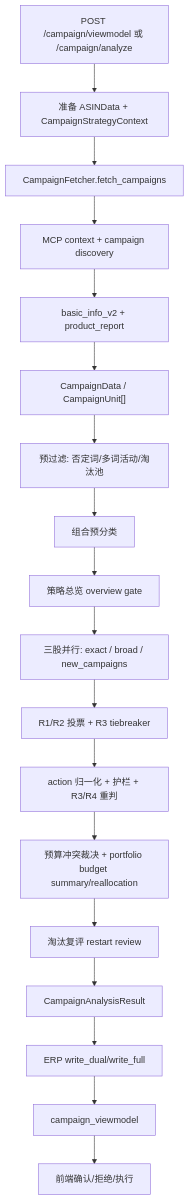
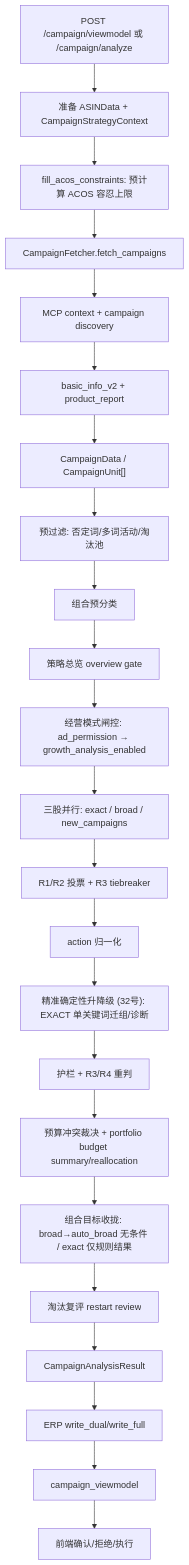
The diagram in docs/AD-Agent Project Knowledge Graph/08-Campaign分析引擎架构说明.md (CaffZx/project_ad_weilai), drawn with Mermaid before and after one commit. The commit also changed other lines of this file and 27 other files, not shown here.

````diff
--- a/docs/AD-Agent Project Knowledge Graph/08-Campaign分析引擎架构说明.md
+++ b/docs/AD-Agent Project Knowledge Graph/08-Campaign分析引擎架构说明.md
@@ -71,20 +79,25 @@
 ```mermaid
 flowchart TD
   A["POST /campaign/viewmodel 或 /campaign/analyze"] --> B["准备 ASINData + CampaignStrategyContext"]
-  B --> C["CampaignFetcher.fetch_campaigns"]
+  B --> B2["fill_acos_constraints: 预计算 ACOS 容忍上限"]
+  B2 --> C["CampaignFetcher.fetch_campaigns"]
   C --> D["MCP context + campaign discovery"]
   D --> E["basic_info_v2 + product_report"]
   E --> F["CampaignData / CampaignUnit[]"]
   F --> G["预过滤: 否定词/多词活动/淘汰池"]
   G --> H["组合预分类"]
   H --> I["策略总览 overview gate"]
-  I --> J["三股并行: exact / broad / new_campaigns"]
-  J --> K["R1/R2 投票 + R3 tiebreaker"]
-  K --> L["action 归一化 + 护栏 + R3/R4 重判"]
-  L --> M["预算冲突裁决 + portfolio budget summary/reallocation"]
-  M --> N["淘汰复评 restart review"]
-  N --> O["CampaignAnalysisResult"]
-  O --> P["ERP write_dual/write_full"]
-  P --> Q["campaign_viewmodel"]
-  Q --> R["前端确认/拒绝/执行"]
+  I --> J["经营模式闸控: ad_permission → growth_analysis_enabled"]
+  J --> K["三股并行: exact / broad / new_campaigns"]
+  K --> L["R1/R2 投票 + R3 tiebreaker"]
+  L --> M["action 归一化"]
+  M --> N["精准确定性升降级 (32号): EXACT 单关键词迁组/诊断"]
+  N --> O["护栏 + R3/R4 重判"]
+  O --> P["预算冲突裁决 + portfolio budget summary/reallocation"]
+  P --> Q["组合目标收拢: broad→auto_broad 无条件 / exact 仅规则结果"]
+  Q --> R["淘汰复评 restart review"]
+  R --> S["CampaignAnalysisResult"]
+  S --> T["ERP write_dual/write_full"]
+  T --> U["campaign_viewmodel"]
+  U --> V["前端确认/拒绝/执行"]
 ```
````
